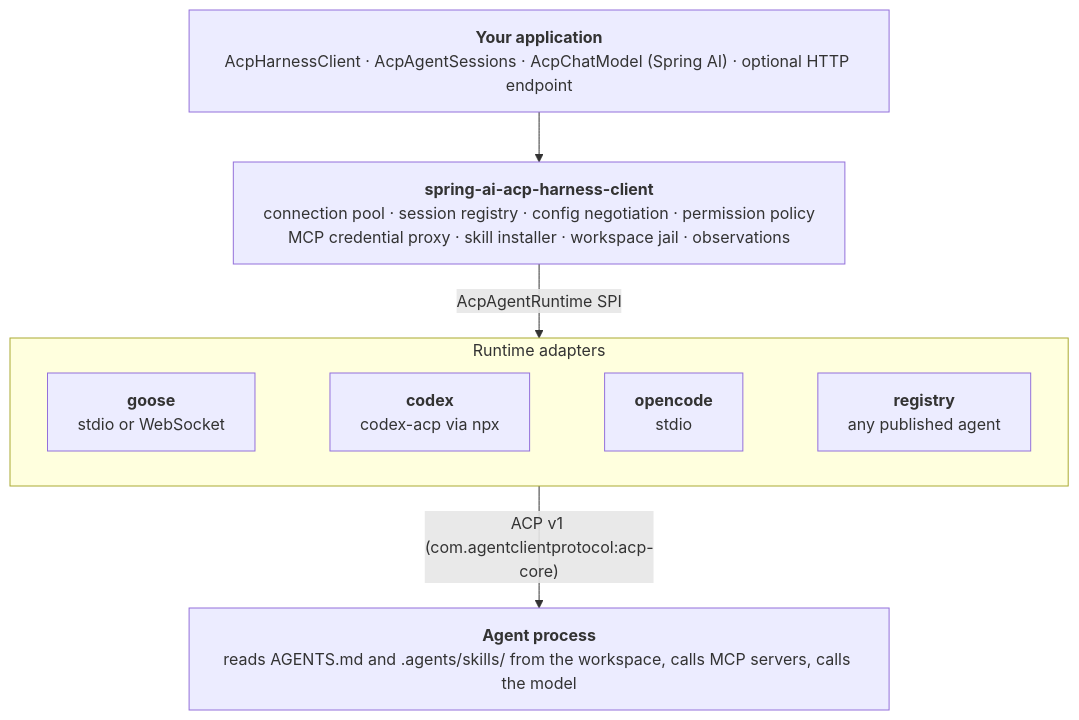
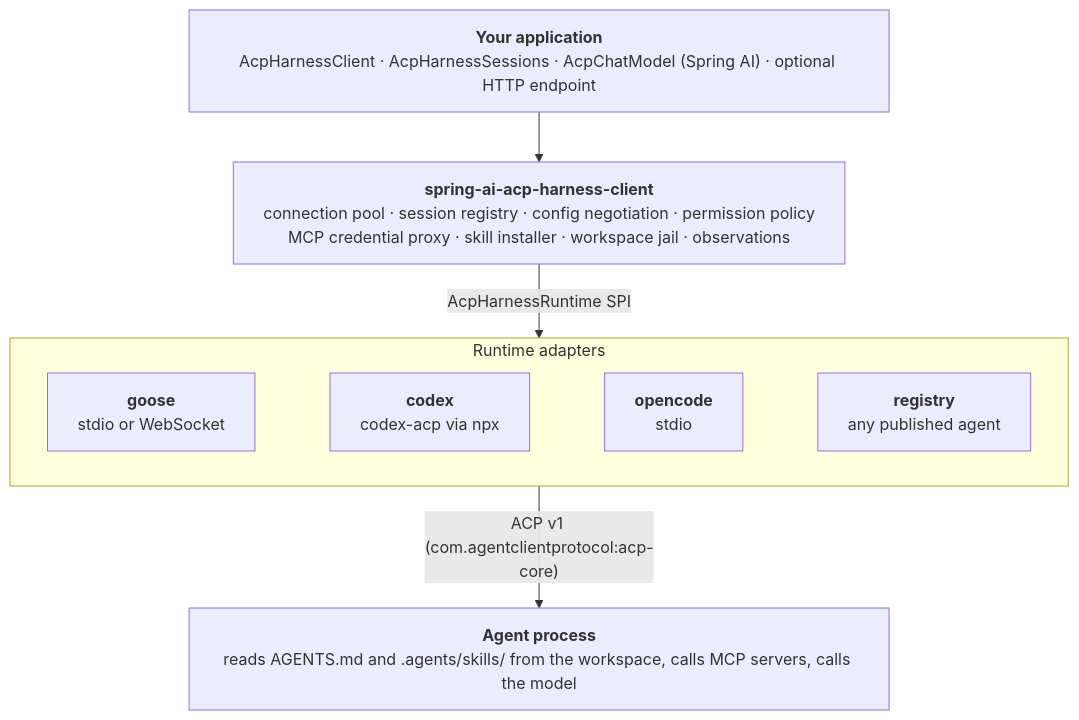
One commit to ashakirin/spring-ai-acp-harness-client changed the diagram in docs/index.md. Above: the diagram before and after it, drawn with Mermaid. The commit also changed other lines of this file and 162 other files, not shown here.

````diff
--- a/docs/index.md
+++ b/docs/index.md
@@ -43,22 +43,22 @@
 ```mermaid
 ---
 config:
   flowchart:
     wrappingWidth: 640
 ---
 flowchart TD
-    app["<b>Your application</b><br/>AcpHarnessClient · AcpAgentSessions · AcpChatModel (Spring AI) · optional HTTP endpoint"]
+    app["<b>Your application</b><br/>AcpHarnessClient · AcpHarnessSessions · AcpChatModel (Spring AI) · optional HTTP endpoint"]
     core["<b>spring-ai-acp-harness-client</b><br/>connection pool · session registry · config negotiation · permission policy<br/>MCP credential proxy · skill installer · workspace jail · observations"]
     subgraph adapters["Runtime adapters"]
         direction LR
         goose["<b>goose</b><br/>stdio or WebSocket"]
         codex["<b>codex</b><br/>codex-acp via npx"]
         opencode["<b>opencode</b><br/>stdio"]
         registry["<b>registry</b><br/>any published agent"]
         goose ~~~ codex ~~~ opencode ~~~ registry
     end
     agent["<b>Agent process</b><br/>reads AGENTS.md and .agents/skills/ from the workspace, calls MCP servers, calls the model"]
     app --> core
-    core -- "AcpAgentRuntime SPI" --> adapters
+    core -- "AcpHarnessRuntime SPI" --> adapters
     adapters -- "ACP v1 (com.agentclientprotocol:acp-core)" --> agent
 ```
````
